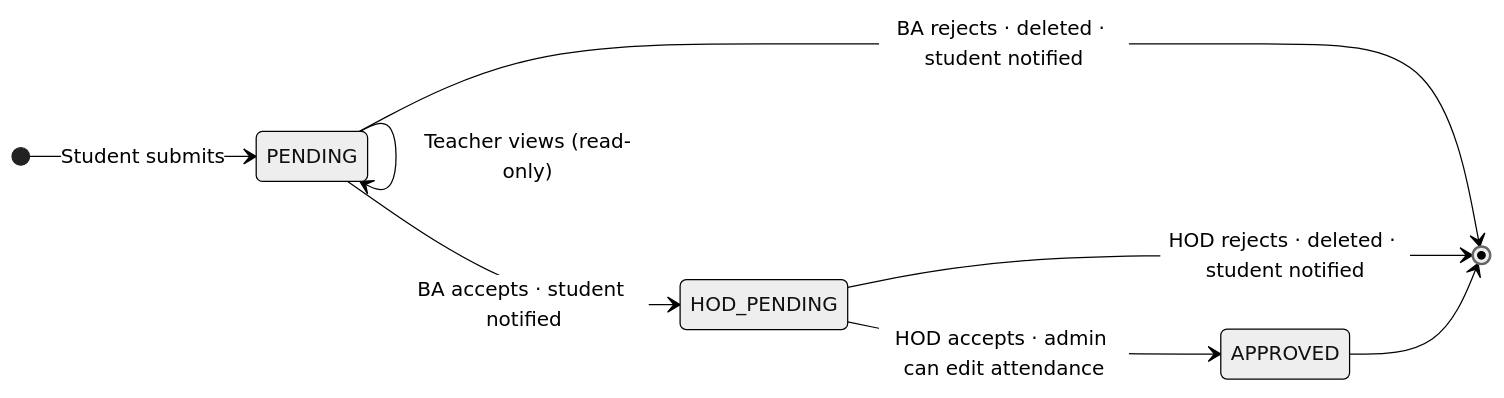
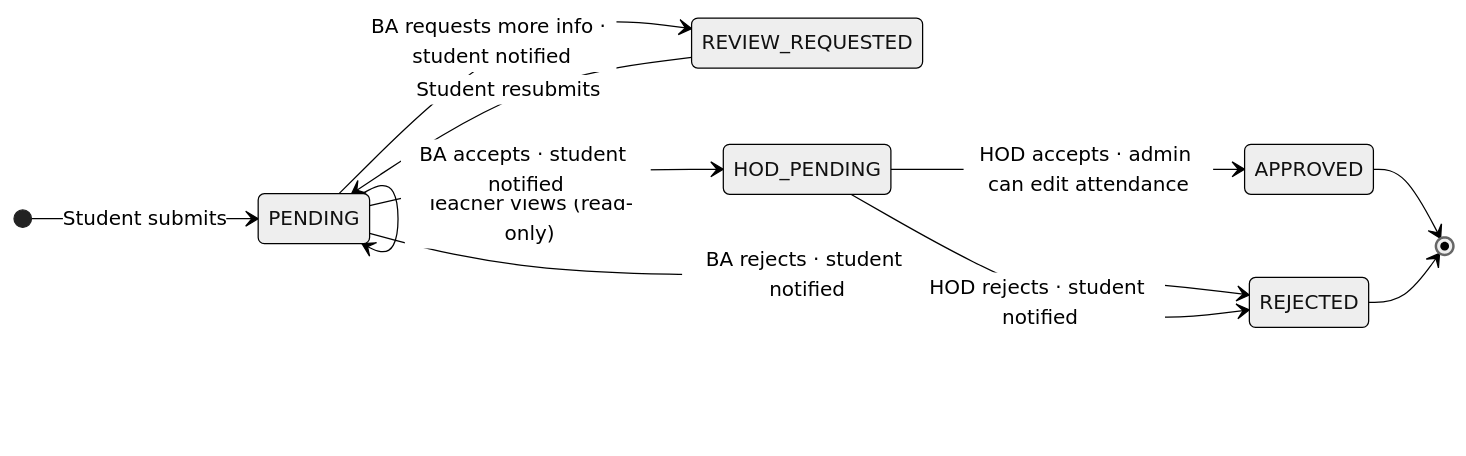
One commit to Ali1raz/portal-cui changed the first of 4 diagrams in docs/01-modules.md. Above: the diagram before and after it, drawn with Mermaid (neutral theme). The commit also changed other lines of this file and 6 other files, not shown here.

Commit message:
docs: enhance leave request and complaint workflows with review requests

````diff
--- a/docs/01-modules.md
+++ b/docs/01-modules.md
@@ -18,15 +19,19 @@
 ```mermaid
 stateDiagram-v2
     direction LR
 
     [*] --> PENDING : Student submits
 
     PENDING --> PENDING : Teacher views (read-only)
+    PENDING --> REVIEW_REQUESTED : BA requests more info · student notified
     PENDING --> HOD_PENDING : BA accepts · student notified
-    PENDING --> [*] : BA rejects · deleted · student notified
+    PENDING --> REJECTED : BA rejects · student notified
+
+    REVIEW_REQUESTED --> PENDING : Student resubmits
 
     HOD_PENDING --> APPROVED : HOD accepts · admin can edit attendance
-    HOD_PENDING --> [*] : HOD rejects · deleted · student notified
+    HOD_PENDING --> REJECTED : HOD rejects · student notified
 
     APPROVED --> [*]
+    REJECTED --> [*]
 ```
````
